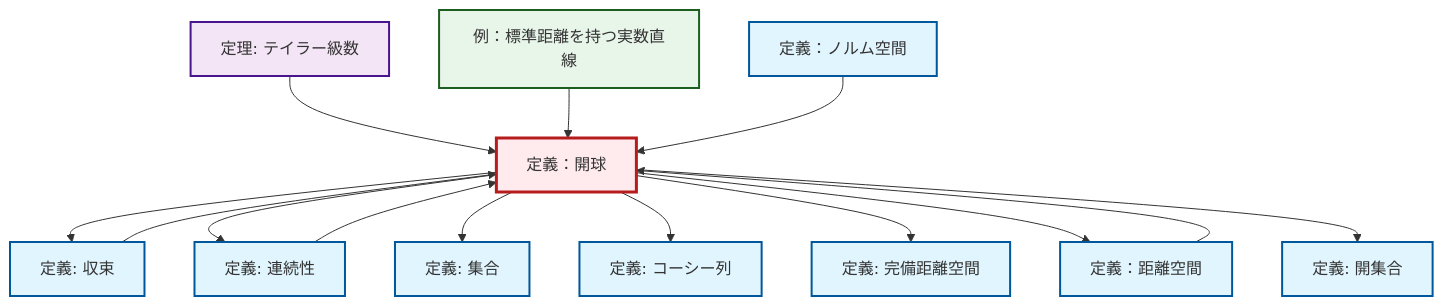
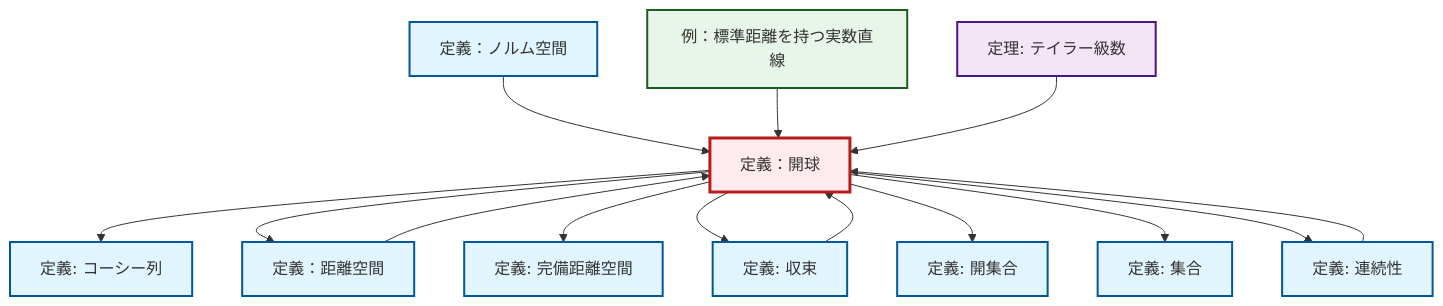
The diagram in content/ja/analysis/def-open-ball.qmd (RK0429/ModernMath), drawn with Mermaid before and after one commit. The commit also changed other lines of this file and 1012 other files, not shown here.

````diff
--- a/content/ja/analysis/def-open-ball.qmd
+++ b/content/ja/analysis/def-open-ball.qmd
@@ -90,44 +90,44 @@
 ```{mermaid}
 %%| fig-cap: "Local dependency graph"
 graph TD
     classDef definition fill:#e1f5fe,stroke:#01579b,stroke-width:2px
     classDef theorem fill:#f3e5f5,stroke:#4a148c,stroke-width:2px
     classDef axiom fill:#fff3e0,stroke:#e65100,stroke-width:2px
     classDef example fill:#e8f5e9,stroke:#1b5e20,stroke-width:2px
     classDef current fill:#ffebee,stroke:#b71c1c,stroke-width:3px
+    def-cauchy-sequence["定義: コーシー列"]:::definition
+    def-open-set["定義: 開集合"]:::definition
     def-set["定義: 集合"]:::definition
+    def-open-ball["定義：開球"]:::definition
+    def-continuity["定義: 連続性"]:::definition
+    def-metric-space["定義：距離空間"]:::definition
     ex-real-line-metric["例：標準距離を持つ実数直線"]:::example
-    def-cauchy-sequence["定義: コーシー列"]:::definition
     def-convergence["定義: 収束"]:::definition
-    def-open-set["定義: 開集合"]:::definition
     def-complete-metric-space["定義: 完備距離空間"]:::definition
-    def-metric-space["定義：距離空間"]:::definition
+    thm-taylor-series["定理: テイラー級数"]:::theorem
     def-normed-vector-space["定義：ノルム空間"]:::definition
-    def-continuity["定義: 連続性"]:::definition
-    def-open-ball["定義：開球"]:::definition
-    thm-taylor-series["定理: テイラー級数"]:::theorem
+    def-open-ball --> def-cauchy-sequence
+    def-convergence --> def-open-ball
+    def-normed-vector-space --> def-open-ball
+    def-open-ball --> def-metric-space
     def-continuity --> def-open-ball
+    ex-real-line-metric --> def-open-ball
+    def-open-ball --> def-complete-metric-space
     def-open-ball --> def-convergence
-    def-open-ball --> def-continuity
-    def-convergence --> def-open-ball
+    def-open-ball --> def-open-set
+    def-metric-space --> def-open-ball
     thm-taylor-series --> def-open-ball
     def-open-ball --> def-set
-    def-open-ball --> def-cauchy-sequence
-    ex-real-line-metric --> def-open-ball
-    def-open-ball --> def-complete-metric-space
-    def-metric-space --> def-open-ball
-    def-open-ball --> def-metric-space
-    def-open-ball --> def-open-set
-    def-normed-vector-space --> def-open-ball
+    def-open-ball --> def-continuity
     class def-open-ball current
+    click def-cauchy-sequence "def-cauchy-sequence.html" "コーシー列の定義へ"
+    click def-open-set "def-open-set.html" "開集合の定義へ"
     click def-set "def-set.html" "集合の定義へ"
+    click def-continuity "def-continuity.html" "連続性の定義へ"
+    click def-metric-space "def-metric-space.html" "定義：距離空間へ"
     click ex-real-line-metric "ex-real-line-metric.html" "例：標準距離を持つ実数直線へ"
-    click def-cauchy-sequence "def-cauchy-sequence.html" "コーシー列の定義へ"
     click def-convergence "def-convergence.html" "収束の定義へ"
-    click def-open-set "def-open-set.html" "開集合の定義へ"
     click def-complete-metric-space "def-complete-metric-space.html" "完備距離空間の定義へ"
-    click def-metric-space "def-metric-space.html" "定義：距離空間へ"
+    click thm-taylor-series "thm-taylor-series.html" "テイラー級数の定理へ"
     click def-normed-vector-space "def-normed-vector-space.html" "定義：ノルム空間へ"
-    click def-continuity "def-continuity.html" "連続性の定義へ"
-    click thm-taylor-series "thm-taylor-series.html" "テイラー級数の定理へ"
 ```
````
